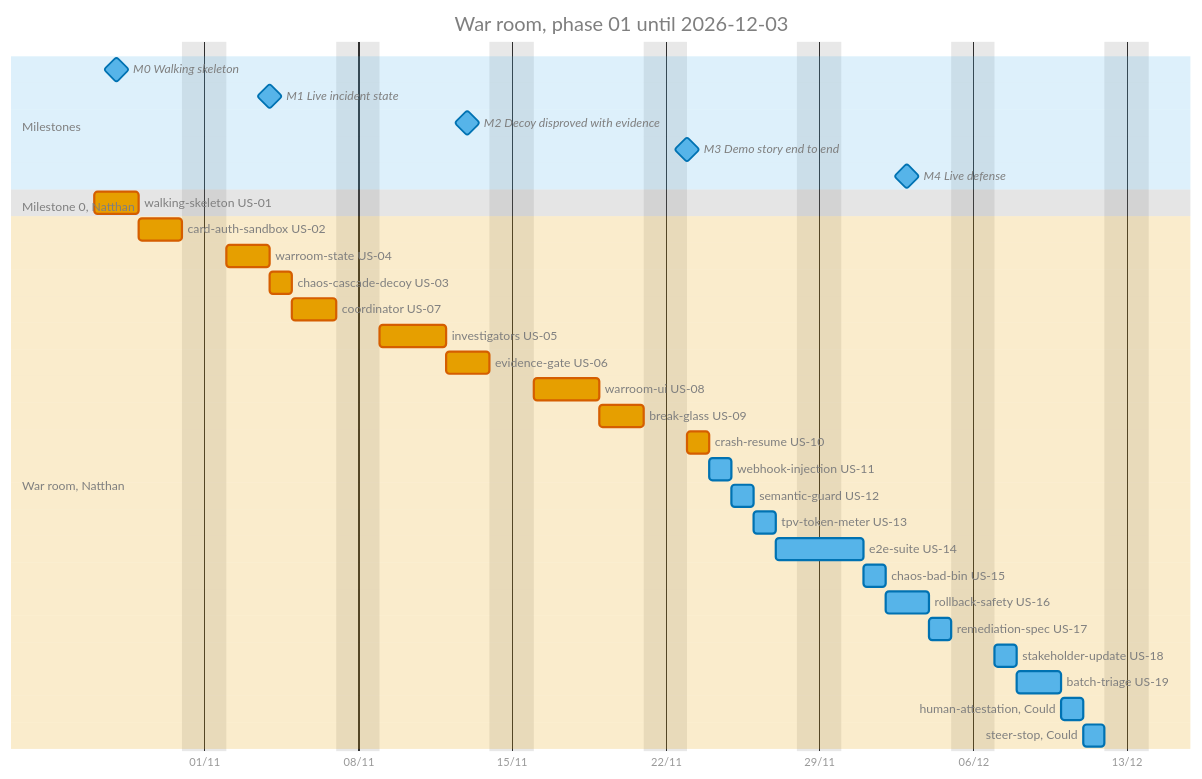
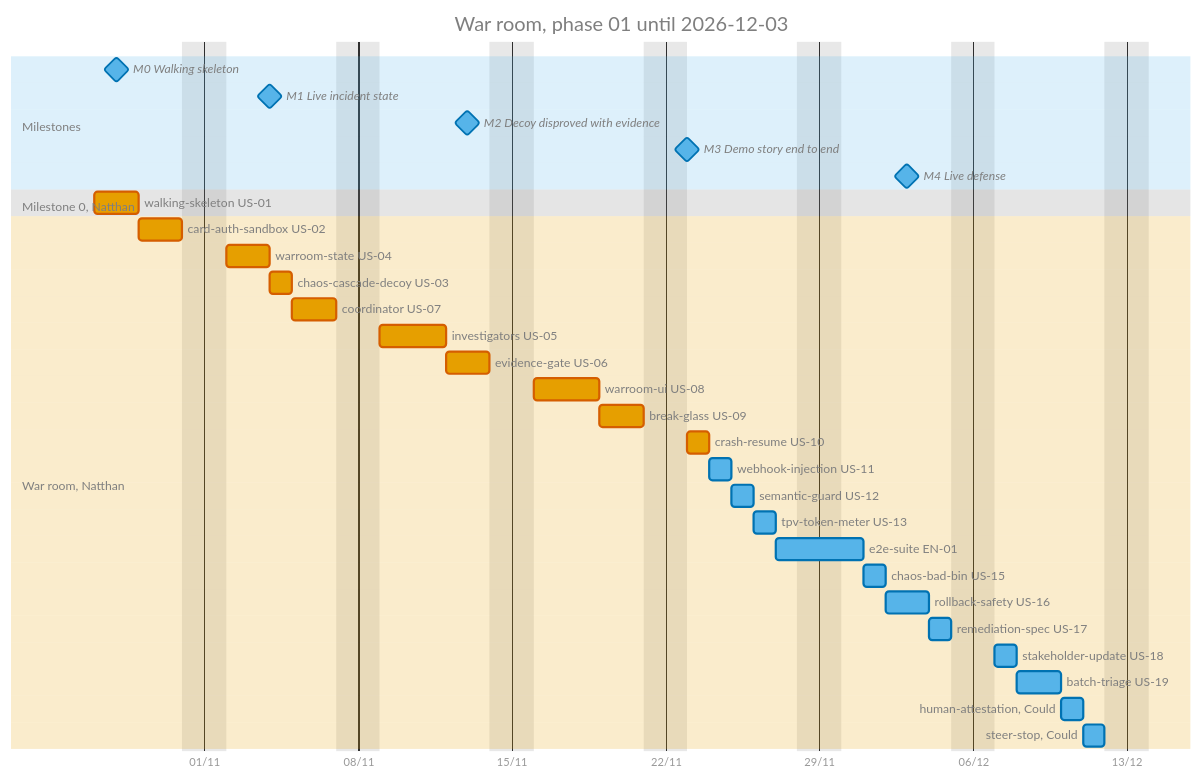
One commit to NatthanElias/aegis-war-room changed the diagram in docs/roadmap/ROADMAP.md. Above: the diagram before and after it, drawn with Mermaid. The commit also changed other lines of this file and 2 other files, not shown here.

First line of the commit message:
docs(roadmap): write stories for real users and capitalize decision keywords

````diff
--- a/docs/roadmap/ROADMAP.md
+++ b/docs/roadmap/ROADMAP.md
@@ -24,54 +24,54 @@
 ```mermaid
 %%{init: {
   "theme": "base",
   "themeVariables": {
     "textColor": "#7f7f7f", "titleColor": "#7f7f7f", "taskTextOutsideColor": "#7f7f7f",
     "taskTextColor": "#1f2328", "taskTextLightColor": "#1f2328", "taskTextDarkColor": "#1f2328", "taskTextClickableColor": "#1f2328",
     "taskBkgColor": "#56B4E9", "taskBorderColor": "#0072B2",
     "critBkgColor": "#E69F00", "critBorderColor": "#D55E00",
     "doneTaskBkgColor": "#A0A0A0", "doneTaskBorderColor": "#6E6E6E",
     "activeTaskBkgColor": "#009E73", "activeTaskBorderColor": "#006B4F",
     "todayLineColor": "#D55E00",
     "sectionBkgColor": "#56B4E9", "sectionBkgColor2": "#E69F00", "altSectionBkgColor": "#7f7f7f",
     "excludeBkgColor": "rgba(127, 127, 127, 0.18)", "gridColor": "#7f7f7f"
   },
   "themeCSS": ".grid .tick line{stroke:#7f7f7f;opacity:0.4} text.taskTextOutsideRight,text.taskTextOutsideLeft{fill:#7f7f7f !important} text.taskText{paint-order:stroke;stroke:#56B4E9;stroke-width:4px;stroke-linejoin:round} text.taskText[class*=critText]{stroke:#E69F00} text.taskText[class*=doneText]{stroke:#A0A0A0} text.taskText[class*=activeText]{stroke:#009E73}"
 }}%%
 gantt
     title War room, phase 01 until 2026-12-03
     dateFormat YYYY-MM-DD
     axisFormat %d/%m
     excludes weekends
 
     section Milestones
     M0 Walking skeleton                :milestone, m0, 2026-10-28, 0d
     M1 Live incident state             :milestone, m1, 2026-11-04, 0d
     M2 Decoy disproved with evidence   :milestone, m2, 2026-11-13, 0d
     M3 Demo story end to end           :milestone, m3, 2026-11-23, 0d
     M4 Live defense                    :milestone, m4, 2026-12-03, 0d
 
     section Milestone 0, Natthan
     walking-skeleton US-01             :crit, skel, 2026-10-27, 2d
 
     section War room, Natthan
     card-auth-sandbox US-02            :crit, sbx, after skel, 2d
     warroom-state US-04                :crit, state, after sbx, 2d
     chaos-cascade-decoy US-03          :crit, decoy, after state, 1d
     coordinator US-07                  :crit, coord, after decoy, 2d
     investigators US-05                :crit, inv, after coord, 3d
     evidence-gate US-06                :crit, gate, after inv, 2d
     warroom-ui US-08                   :crit, ui, after gate, 3d
     break-glass US-09                  :crit, bg, after ui, 2d
     crash-resume US-10                 :crit, crash, after bg, 1d
     webhook-injection US-11            :wh, after crash, 1d
     semantic-guard US-12               :guard, after wh, 1d
     tpv-token-meter US-13              :tpv, after guard, 1d
-    e2e-suite US-14                    :e2e, after tpv, 2d
+    e2e-suite EN-01                    :e2e, after tpv, 2d
     chaos-bad-bin US-15                :bin, after e2e, 1d
     rollback-safety US-16              :rbs, after bin, 2d
     remediation-spec US-17             :spec, after rbs, 1d
     stakeholder-update US-18           :upd, after spec, 1d
     batch-triage US-19                 :triage, after upd, 2d
     human-attestation, Could           :att, after triage, 1d
     steer-stop, Could                  :steer, after att, 1d
 ```
````
